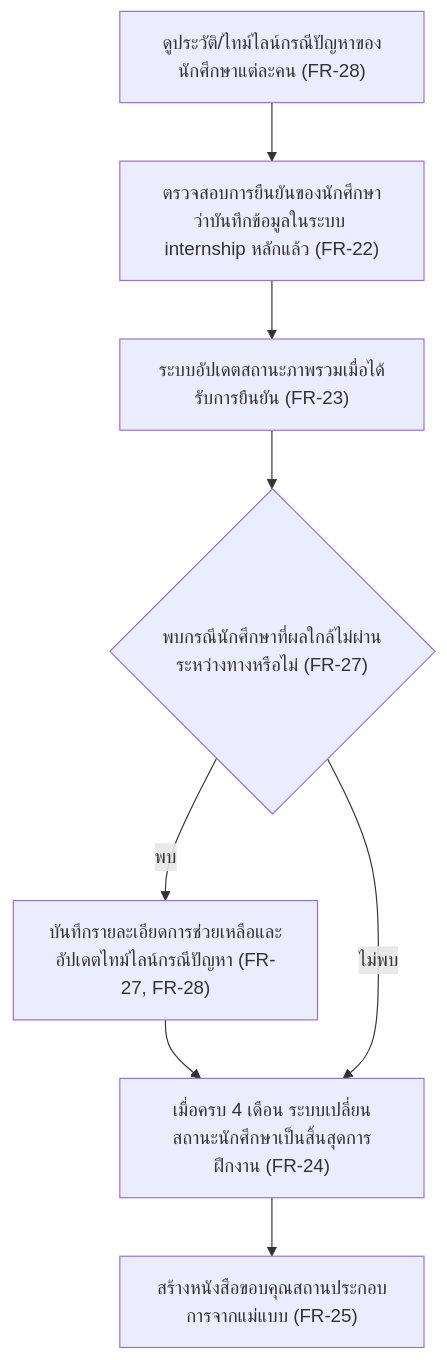
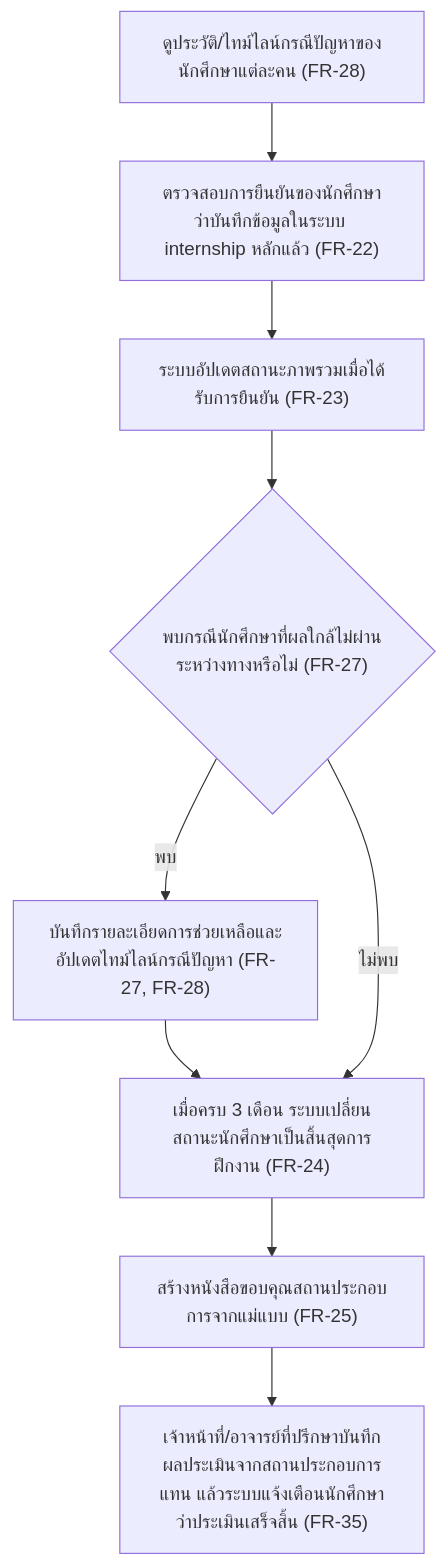
Before and after one commit to prascymj/se-internship-system: the fifth of 5 diagrams in th/design/user-journey.md, drawn with Mermaid. The commit also changed other lines of this file and 17 other files, not shown here.

````diff
--- a/th/design/user-journey.md
+++ b/th/design/user-journey.md
@@ -234,16 +236,17 @@
 ```mermaid
 flowchart TD
     A["ดูประวัติ/ไทม์ไลน์กรณีปัญหาของนักศึกษาแต่ละคน (FR-28)"]
     B["ตรวจสอบการยืนยันของนักศึกษาว่าบันทึกข้อมูลในระบบ internship หลักแล้ว (FR-22)"]
     C["ระบบอัปเดตสถานะภาพรวมเมื่อได้รับการยืนยัน (FR-23)"]
     D{"พบกรณีนักศึกษาที่ผลใกล้ไม่ผ่านระหว่างทางหรือไม่ (FR-27)"}
     E["บันทึกรายละเอียดการช่วยเหลือและอัปเดตไทม์ไลน์กรณีปัญหา (FR-27, FR-28)"]
-    F["เมื่อครบ 4 เดือน ระบบเปลี่ยนสถานะนักศึกษาเป็นสิ้นสุดการฝึกงาน (FR-24)"]
+    F["เมื่อครบ 3 เดือน ระบบเปลี่ยนสถานะนักศึกษาเป็นสิ้นสุดการฝึกงาน (FR-24)"]
     G["สร้างหนังสือขอบคุณสถานประกอบการจากแม่แบบ (FR-25)"]
+    H["เจ้าหน้าที่/อาจารย์ที่ปรึกษาบันทึกผลประเมินจากสถานประกอบการแทน แล้วระบบแจ้งเตือนนักศึกษาว่าประเมินเสร็จสิ้น (FR-35)"]
 
     A --> B --> C --> D
     D -->|พบ| E
     E --> F
     D -->|ไม่พบ| F
-    F --> G
+    F --> G --> H
 ```
````
